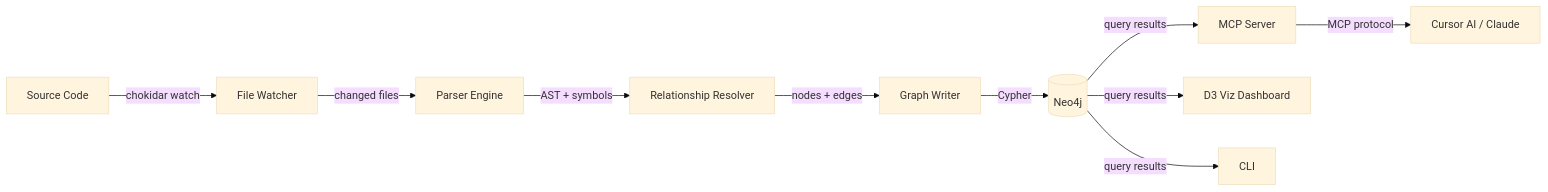
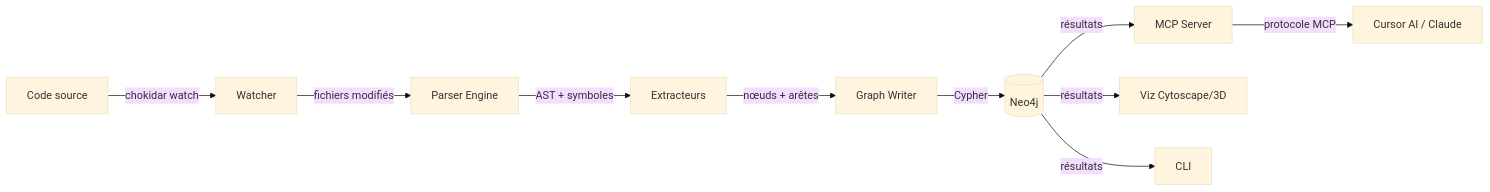
The diagram in documentations/docs/03-ARCHITECTURE.md (willFreed1/nomik), drawn with Mermaid (base theme) before and after one commit. The commit also changed other lines of this file and 13 other files, not shown here.

````diff
--- a/documentations/docs/03-ARCHITECTURE.md
+++ b/documentations/docs/03-ARCHITECTURE.md
@@ -27,12 +31,12 @@
 ```mermaid
 graph LR
-    A[Source Code] -->|chokidar watch| B[File Watcher]
-    B -->|changed files| C[Parser Engine]
-    C -->|AST + symbols| D[Relationship Resolver]
-    D -->|nodes + edges| E[Graph Writer]
+    A[Code source] -->|chokidar watch| B[Watcher]
+    B -->|fichiers modifiés| C[Parser Engine]
+    C -->|AST + symboles| D[Extracteurs]
+    D -->|nœuds + arêtes| E[Graph Writer]
     E -->|Cypher| F[(Neo4j)]
-    F -->|query results| G[MCP Server]
-    G -->|MCP protocol| H[Cursor AI / Claude]
-    F -->|query results| I[D3 Viz Dashboard]
-    F -->|query results| J[CLI]
+    F -->|résultats| G[MCP Server]
+    G -->|protocole MCP| H[Cursor AI / Claude]
+    F -->|résultats| I[Viz Cytoscape/3D]
+    F -->|résultats| J[CLI]
 ```
````
